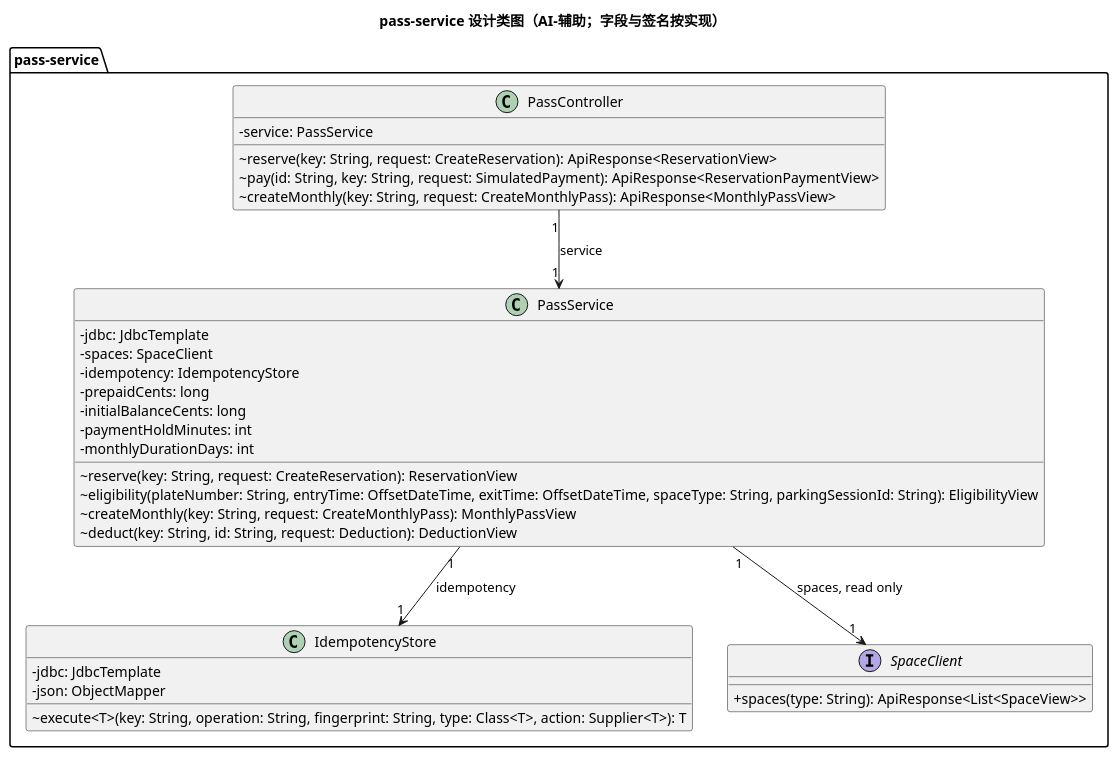
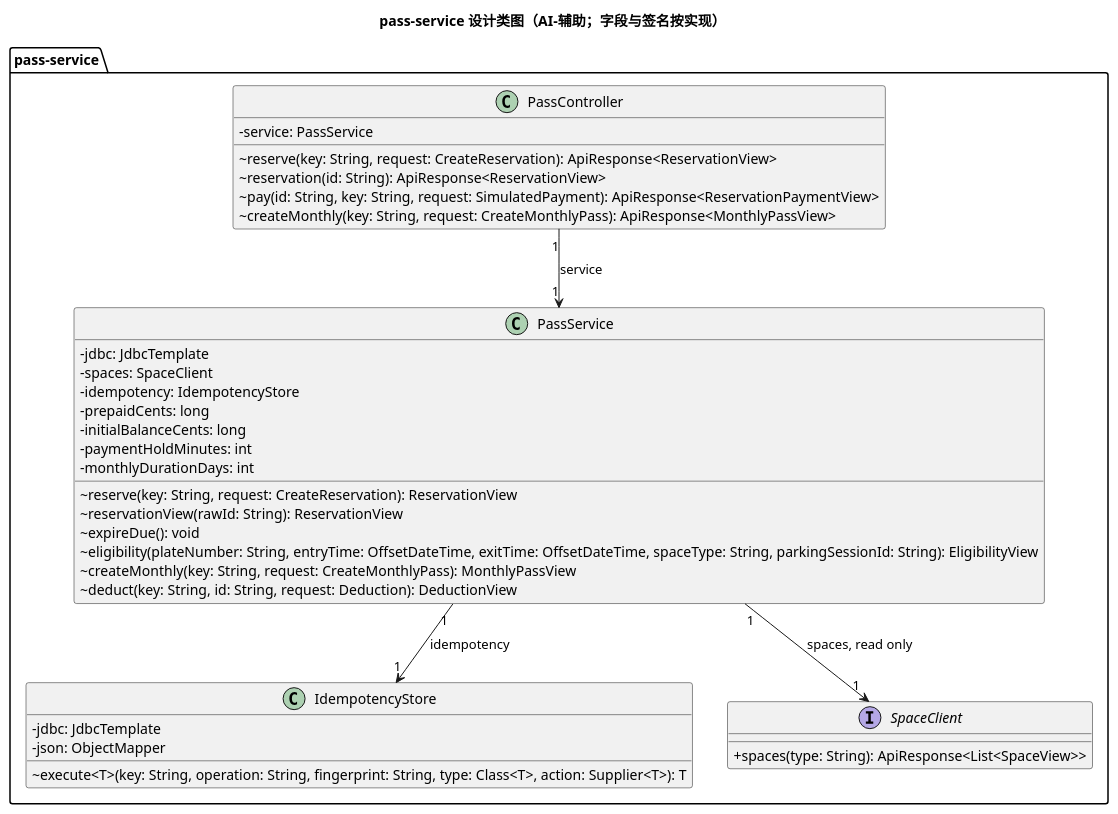
The fourth of 5 diagrams in models/15-design-classes.puml (Gindama713/UMLWORK), drawn with PlantUML before and after one commit. The commit also changed other lines of this file and 46 other files, not shown here.

```diff
--- a/models/15-design-classes.puml
+++ b/models/15-design-classes.puml
@@ -154,36 +157,39 @@
 @startuml
 title pass-service 设计类图（AI-辅助；字段与签名按实现）
 skinparam classAttributeIconSize 0
 package "pass-service" {
   class PassController {
     -service: PassService
     ~reserve(key: String, request: CreateReservation): ApiResponse<ReservationView>
+    ~reservation(id: String): ApiResponse<ReservationView>
     ~pay(id: String, key: String, request: SimulatedPayment): ApiResponse<ReservationPaymentView>
     ~createMonthly(key: String, request: CreateMonthlyPass): ApiResponse<MonthlyPassView>
   }
   class PassService {
     -jdbc: JdbcTemplate
     -spaces: SpaceClient
     -idempotency: IdempotencyStore
     -prepaidCents: long
     -initialBalanceCents: long
     -paymentHoldMinutes: int
     -monthlyDurationDays: int
     ~reserve(key: String, request: CreateReservation): ReservationView
+    ~reservationView(rawId: String): ReservationView
+    ~expireDue(): void
     ~eligibility(plateNumber: String, entryTime: OffsetDateTime, exitTime: OffsetDateTime, spaceType: String, parkingSessionId: String): EligibilityView
     ~createMonthly(key: String, request: CreateMonthlyPass): MonthlyPassView
     ~deduct(key: String, id: String, request: Deduction): DeductionView
   }
   class IdempotencyStore {
     -jdbc: JdbcTemplate
     -json: ObjectMapper
     ~execute<T>(key: String, operation: String, fingerprint: String, type: Class<T>, action: Supplier<T>): T
   }
   interface "SpaceClient" as PassSpaceClient {
     +spaces(type: String): ApiResponse<List<SpaceView>>
   }
   PassController "1" --> "1" PassService : service
   PassService "1" --> "1" IdempotencyStore : idempotency
   PassService "1" --> "1" PassSpaceClient : spaces, read only
 }
 @enduml
```
